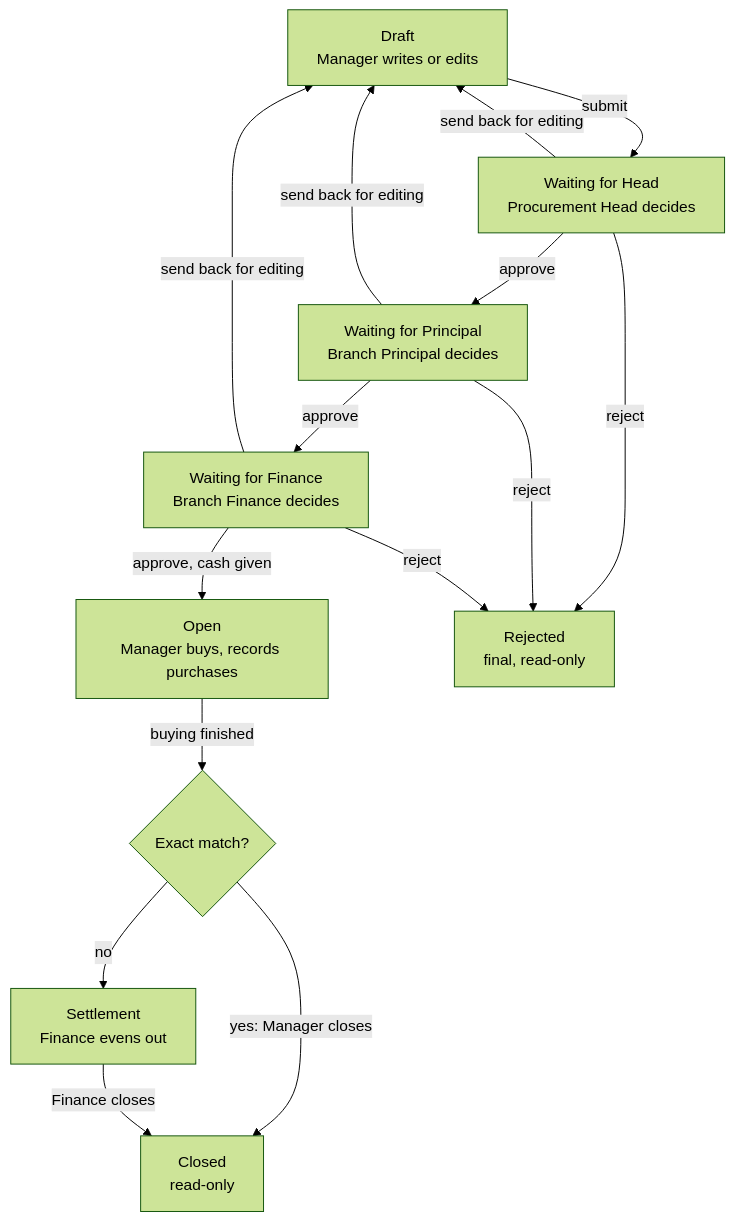
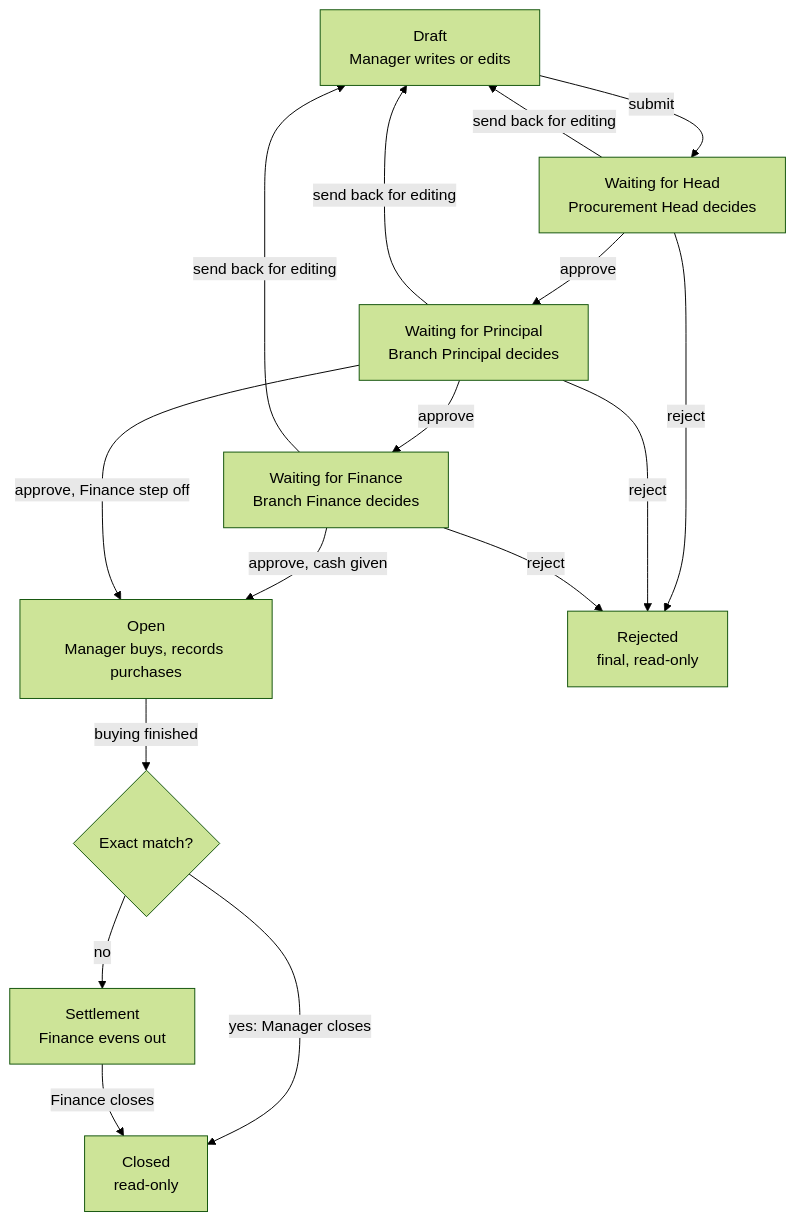
One commit to sodiqschoolapp/procurement changed the diagram in docs/spec/06-approval-workflow.md. Above: the diagram before and after it, drawn with Mermaid (forest theme). The commit also changed other lines of this file and 15 other files, not shown here.

First line of the commit message:
Spec change: the Head can switch the Finance step off

````diff
--- a/docs/spec/06-approval-workflow.md
+++ b/docs/spec/06-approval-workflow.md
@@ -8,17 +8,18 @@
 ```mermaid
 flowchart TD
   DRAFT["Draft<br/>Manager writes or edits"] -->|submit| PH["Waiting for Head<br/>Procurement Head decides"]
   PH -->|approve| PP["Waiting for Principal<br/>Branch Principal decides"]
   PP -->|approve| PF["Waiting for Finance<br/>Branch Finance decides"]
   PF -->|approve, cash given| OPEN["Open<br/>Manager buys, records purchases"]
+  PP -->|approve, Finance step off| OPEN
   OPEN -->|buying finished| Q{"Exact match?"}
   Q -->|yes: Manager closes| CLOSED["Closed<br/>read-only"]
   Q -->|no| SET["Settlement<br/>Finance evens out"]
   SET -->|Finance closes| CLOSED
   PH -->|send back for editing| DRAFT
   PP -->|send back for editing| DRAFT
   PF -->|send back for editing| DRAFT
   PH -->|reject| REJ["Rejected<br/>final, read-only"]
   PP -->|reject| REJ
   PF -->|reject| REJ
 ```
````
